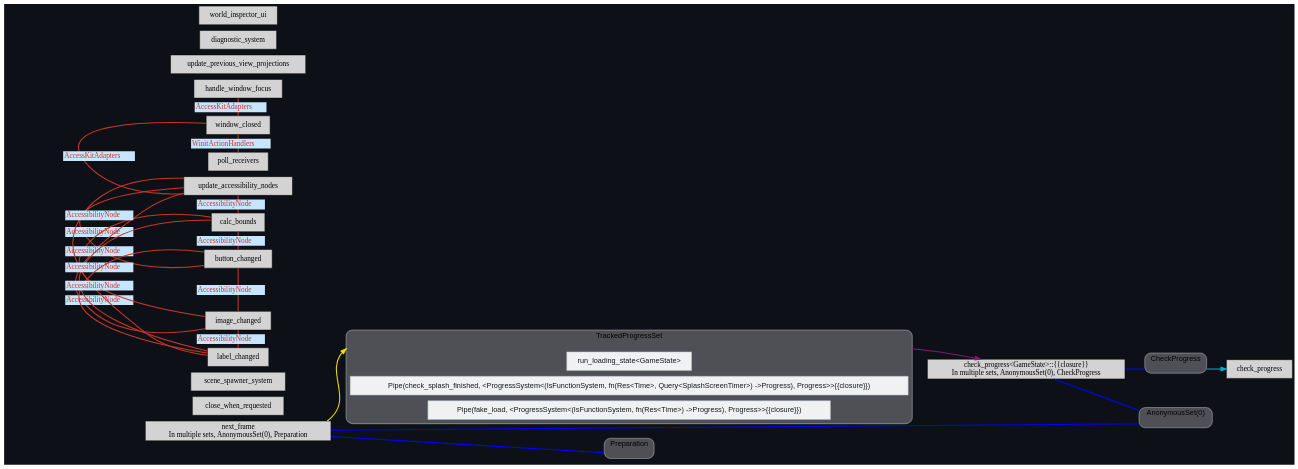
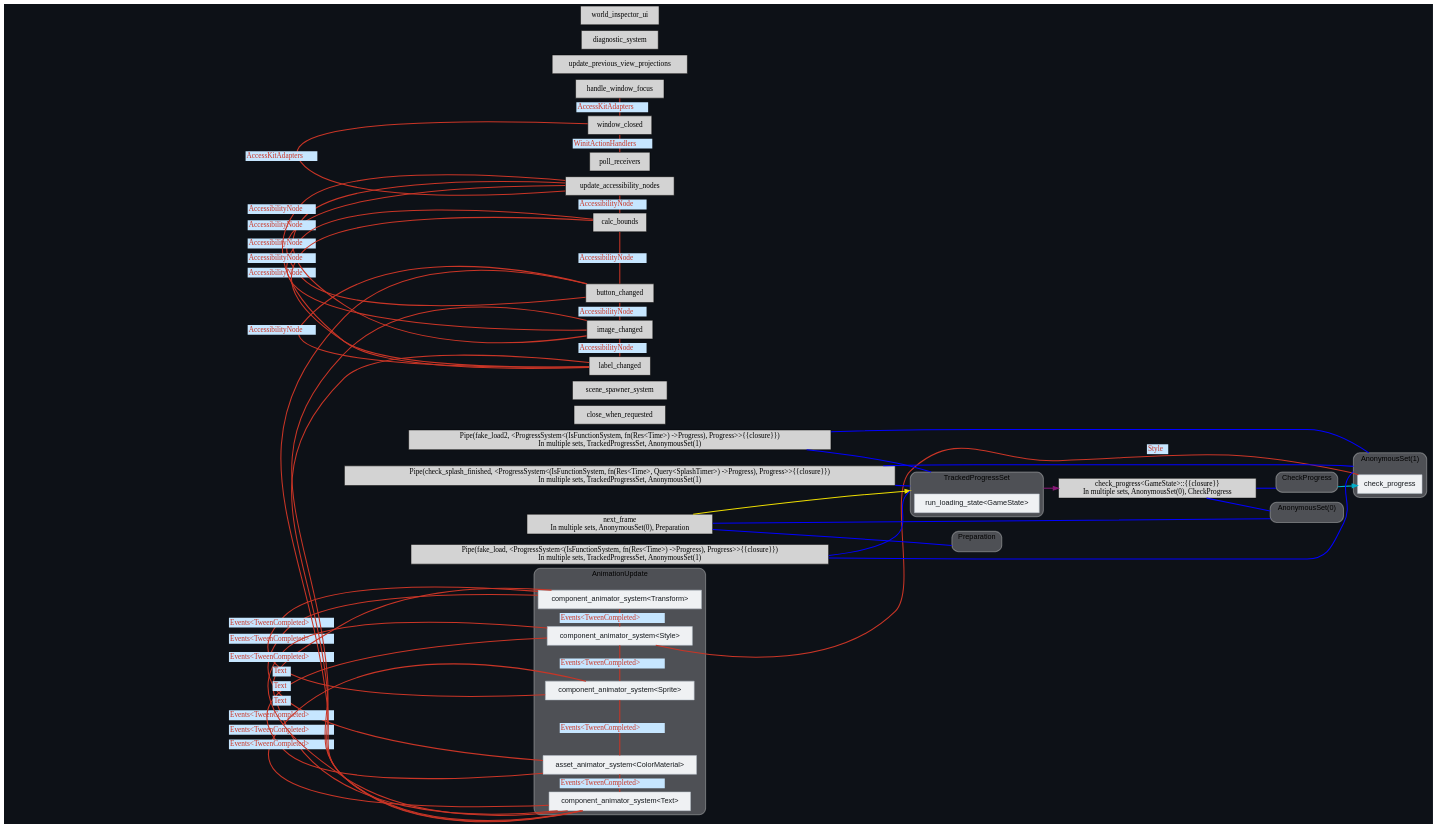
Before and after one commit to eerii/hello-bevy: the diagram in graphs/update-schedule.dot, drawn with Graphviz. The commit also changed 2 other files, not shown here.

Commit message:
feat: loading progress  🌘

```diff
--- a/graphs/update-schedule.dot
+++ b/graphs/update-schedule.dot
@@ -9,45 +9,69 @@
 	node ["shape"="box", "style"="filled"];
 	subgraph "clusternode_Set(12)" {
 		"style"="rounded,filled";
+		"label"="AnimationUpdate";
+		"tooltip"="AnimationUpdate";
+		"fillcolor"="#ffffff44";
+		"color"="#ffffff50";
+		"penwidth"="2";
+		"set_marker_node_Set(12)" ["style"="invis", "label"="", "height"="0", "shape"="point"]
+		"node_System(11)" ["label"="component_animator_system<Transform>", "tooltip"="bevy_tweening::plugin::component_animator_system<bevy_transform::components::transform::Transform>", "fillcolor"="#eff1f3", "fontname"="Helvetica", "fontcolor"="#15191d", "color"="#b4bec7", "penwidth"="1"]
+		"node_System(12)" ["label"="component_animator_system<Style>", "tooltip"="bevy_tweening::plugin::component_animator_system<bevy_ui::ui_node::Style>", "fillcolor"="#eff1f3", "fontname"="Helvetica", "fontcolor"="#15191d", "color"="#b4bec7", "penwidth"="1"]
+		"node_System(13)" ["label"="component_animator_system<Sprite>", "tooltip"="bevy_tweening::plugin::component_animator_system<bevy_sprite::sprite::Sprite>", "fillcolor"="#eff1f3", "fontname"="Helvetica", "fontcolor"="#15191d", "color"="#b4bec7", "penwidth"="1"]
+		"node_System(14)" ["label"="asset_animator_system<ColorMaterial>", "tooltip"="bevy_tweening::plugin::asset_animator_system<bevy_sprite::mesh2d::color_material::ColorMaterial>", "fillcolor"="#eff1f3", "fontname"="Helvetica", "fontcolor"="#15191d", "color"="#b4bec7", "penwidth"="1"]
+		"node_System(15)" ["label"="component_animator_system<Text>", "tooltip"="bevy_tweening::plugin::component_animator_system<bevy_text::text::Text>", "fillcolor"="#eff1f3", "fontname"="Helvetica", "fontcolor"="#15191d", "color"="#b4bec7", "penwidth"="1"]
+	}
+	
+	subgraph "clusternode_Set(18)" {
+		"style"="rounded,filled";
 		"label"="TrackedProgressSet";
 		"tooltip"="TrackedProgressSet";
 		"fillcolor"="#ffffff44";
 		"color"="#ffffff50";
 		"penwidth"="2";
-		"set_marker_node_Set(12)" ["style"="invis", "label"="", "height"="0", "shape"="point"]
-		"node_System(11)" ["label"="run_loading_state<GameState>", "tooltip"="bevy_asset_loader::loading_state::systems::run_loading_state<hello_bevy::GameState>", "fillcolor"="#eff1f3", "fontname"="Helvetica", "fontcolor"="#15191d", "color"="#b4bec7", "penwidth"="1"]
-		"node_System(14)" ["label"="Pipe(check_splash_finished, <ProgressSystem<(IsFunctionSystem, fn(Res<Time>, Query<SplashScreenTimer>) ->Progress), Progress>>{{closure}})", "tooltip"="Pipe(hello_bevy::load::check_splash_finished, <hello_bevy::load::check_splash_finished as iyes_progress::ProgressSystem<(bevy_ecs::system::function_system::IsFunctionSystem, fn(bevy_ecs::change_detection::Res<bevy_time::time::Time>, bevy_ecs::system::query::Query<&mut hello_bevy::load::SplashScreenTimer>) -> iyes_progress::Progress), iyes_progress::Progress>>::track_progress::{{closure}})", "fillcolor"="#eff1f3", "fontname"="Helvetica", "fontcolor"="#15191d", "color"="#b4bec7", "penwidth"="1"]
-		"node_System(16)" ["label"="Pipe(fake_load, <ProgressSystem<(IsFunctionSystem, fn(Res<Time>) ->Progress), Progress>>{{closure}})", "tooltip"="Pipe(hello_bevy::load::fake_load, <hello_bevy::load::fake_load as iyes_progress::ProgressSystem<(bevy_ecs::system::function_system::IsFunctionSystem, fn(bevy_ecs::change_detection::Res<bevy_time::time::Time>) -> iyes_progress::Progress), iyes_progress::Progress>>::track_progress::{{closure}})", "fillcolor"="#eff1f3", "fontname"="Helvetica", "fontcolor"="#15191d", "color"="#b4bec7", "penwidth"="1"]
+		"set_marker_node_Set(18)" ["style"="invis", "label"="", "height"="0", "shape"="point"]
+		"node_System(16)" ["label"="run_loading_state<GameState>", "tooltip"="bevy_asset_loader::loading_state::systems::run_loading_state<hello_bevy::GameState>", "fillcolor"="#eff1f3", "fontname"="Helvetica", "fontcolor"="#15191d", "color"="#b4bec7", "penwidth"="1"]
 	}
 	
-	subgraph "clusternode_Set(13)" {
+	subgraph "clusternode_Set(19)" {
 		"style"="rounded,filled";
 		"label"="AnonymousSet(0)";
 		"tooltip"="AnonymousSet(0)";
 		"fillcolor"="#ffffff44";
 		"color"="#ffffff50";
 		"penwidth"="2";
-		"set_marker_node_Set(13)" ["style"="invis", "label"="", "height"="0", "shape"="point"]
+		"set_marker_node_Set(19)" ["style"="invis", "label"="", "height"="0", "shape"="point"]
 	}
 	
-	subgraph "clusternode_Set(15)" {
+	subgraph "clusternode_Set(21)" {
 		"style"="rounded,filled";
 		"label"="Preparation";
 		"tooltip"="Preparation";
 		"fillcolor"="#ffffff44";
 		"color"="#ffffff50";
 		"penwidth"="2";
-		"set_marker_node_Set(15)" ["style"="invis", "label"="", "height"="0", "shape"="point"]
+		"set_marker_node_Set(21)" ["style"="invis", "label"="", "height"="0", "shape"="point"]
 	}
 	
-	subgraph "clusternode_Set(17)" {
+	subgraph "clusternode_Set(23)" {
 		"style"="rounded,filled";
 		"label"="CheckProgress";
 		"tooltip"="CheckProgress";
 		"fillcolor"="#ffffff44";
 		"color"="#ffffff50";
 		"penwidth"="2";
-		"set_marker_node_Set(17)" ["style"="invis", "label"="", "height"="0", "shape"="point"]
+		"set_marker_node_Set(23)" ["style"="invis", "label"="", "height"="0", "shape"="point"]
+	}
+	
+	subgraph "clusternode_Set(24)" {
+		"style"="rounded,filled";
+		"label"="AnonymousSet(1)";
+		"tooltip"="AnonymousSet(1)";
+		"fillcolor"="#ffffff44";
+		"color"="#ffffff50";
+		"penwidth"="2";
+		"set_marker_node_Set(24)" ["style"="invis", "label"="", "height"="0", "shape"="point"]
+		"node_System(20)" ["label"="check_progress", "tooltip"="hello_bevy::load::check_progress", "fillcolor"="#eff1f3", "fontname"="Helvetica", "fontcolor"="#15191d", "color"="#b4bec7", "penwidth"="1"]
 	}
 	
 	"node_System(0)" ["label"="close_when_requested", "tooltip"="bevy_window::system::close_when_requested"]
@@ -61,31 +85,56 @@
 	"node_System(8)" ["label"="image_changed", "tooltip"="bevy_ui::accessibility::image_changed"]
 	"node_System(9)" ["label"="label_changed", "tooltip"="bevy_ui::accessibility::label_changed"]
 	"node_System(10)" ["label"="update_previous_view_projections", "tooltip"="bevy_pbr::prepass::update_previous_view_projections"]
-	"node_System(15)" ["label"="check_progress", "tooltip"="hello_bevy::load::check_progress"]
-	"node_System(17)" ["label"="diagnostic_system", "tooltip"="bevy_diagnostic::frame_time_diagnostics_plugin::FrameTimeDiagnosticsPlugin::diagnostic_system"]
-	"node_System(18)" ["label"="world_inspector_ui", "tooltip"="bevy_inspector_egui::quick::world_inspector_ui"]
-	"node_System(12)" -> "set_marker_node_Set(13)" ["dir"="none", "color"="blue", "lhead"="clusternode_Set(13)"]
-	"node_System(12)" -> "set_marker_node_Set(15)" ["dir"="none", "color"="blue", "lhead"="clusternode_Set(15)"]
-	"node_System(12)" ["label"="next_frame
+	"node_System(23)" ["label"="diagnostic_system", "tooltip"="bevy_diagnostic::frame_time_diagnostics_plugin::FrameTimeDiagnosticsPlugin::diagnostic_system"]
+	"node_System(24)" ["label"="world_inspector_ui", "tooltip"="bevy_inspector_egui::quick::world_inspector_ui"]
+	"node_System(17)" -> "set_marker_node_Set(19)" ["dir"="none", "color"="blue", "lhead"="clusternode_Set(19)"]
+	"node_System(17)" -> "set_marker_node_Set(21)" ["dir"="none", "color"="blue", "lhead"="clusternode_Set(21)"]
+	"node_System(17)" ["label"="next_frame
 In multiple sets, AnonymousSet(0), Preparation", "tooltip"="iyes_progress::next_frame"]
-	"node_System(13)" -> "set_marker_node_Set(13)" ["dir"="none", "color"="blue", "lhead"="clusternode_Set(13)"]
-	"node_System(13)" -> "set_marker_node_Set(17)" ["dir"="none", "color"="blue", "lhead"="clusternode_Set(17)"]
-	"node_System(13)" ["label"="check_progress<GameState>::{{closure}}
+	"node_System(18)" -> "set_marker_node_Set(19)" ["dir"="none", "color"="blue", "lhead"="clusternode_Set(19)"]
+	"node_System(18)" -> "set_marker_node_Set(23)" ["dir"="none", "color"="blue", "lhead"="clusternode_Set(23)"]
+	"node_System(18)" ["label"="check_progress<GameState>::{{closure}}
 In multiple sets, AnonymousSet(0), CheckProgress", "tooltip"="iyes_progress::check_progress<hello_bevy::GameState>::{{closure}}"]
-	"node_System(12)" -> "set_marker_node_Set(12)" ["lhead"="clusternode_Set(12)", "ltail"="", "tooltip"="next_frame → TrackedProgressSet", "color"="#eede00"]
-	"set_marker_node_Set(12)" -> "node_System(13)" ["lhead"="", "ltail"="clusternode_Set(12)", "tooltip"="TrackedProgressSet → check_progress<GameState>::{{closure}}", "color"="#881877"]
-	"set_marker_node_Set(17)" -> "node_System(15)" ["lhead"="", "ltail"="clusternode_Set(17)", "tooltip"="CheckProgress → check_progress", "color"="#00b0cc"]
+	"node_System(19)" -> "set_marker_node_Set(18)" ["dir"="none", "color"="blue", "lhead"="clusternode_Set(18)"]
+	"node_System(19)" -> "set_marker_node_Set(24)" ["dir"="none", "color"="blue", "lhead"="clusternode_Set(24)"]
+	"node_System(19)" ["label"="Pipe(check_splash_finished, <ProgressSystem<(IsFunctionSystem, fn(Res<Time>, Query<SplashTimer>) ->Progress), Progress>>{{closure}})
+In multiple sets, TrackedProgressSet, AnonymousSet(1)", "tooltip"="Pipe(hello_bevy::load::check_splash_finished, <hello_bevy::load::check_splash_finished as iyes_progress::ProgressSystem<(bevy_ecs::system::function_system::IsFunctionSystem, fn(bevy_ecs::change_detection::Res<bevy_time::time::Time>, bevy_ecs::system::query::Query<&mut hello_bevy::load::SplashTimer>) -> iyes_progress::Progress), iyes_progress::Progress>>::track_progress::{{closure}})"]
+	"node_System(21)" -> "set_marker_node_Set(18)" ["dir"="none", "color"="blue", "lhead"="clusternode_Set(18)"]
+	"node_System(21)" -> "set_marker_node_Set(24)" ["dir"="none", "color"="blue", "lhead"="clusternode_Set(24)"]
+	"node_System(21)" ["label"="Pipe(fake_load, <ProgressSystem<(IsFunctionSystem, fn(Res<Time>) ->Progress), Progress>>{{closure}})
+In multiple sets, TrackedProgressSet, AnonymousSet(1)", "tooltip"="Pipe(hello_bevy::load::fake_load, <hello_bevy::load::fake_load as iyes_progress::ProgressSystem<(bevy_ecs::system::function_system::IsFunctionSystem, fn(bevy_ecs::change_detection::Res<bevy_time::time::Time>) -> iyes_progress::Progress), iyes_progress::Progress>>::track_progress::{{closure}})"]
+	"node_System(22)" -> "set_marker_node_Set(18)" ["dir"="none", "color"="blue", "lhead"="clusternode_Set(18)"]
+	"node_System(22)" -> "set_marker_node_Set(24)" ["dir"="none", "color"="blue", "lhead"="clusternode_Set(24)"]
+	"node_System(22)" ["label"="Pipe(fake_load2, <ProgressSystem<(IsFunctionSystem, fn(Res<Time>) ->Progress), Progress>>{{closure}})
+In multiple sets, TrackedProgressSet, AnonymousSet(1)", "tooltip"="Pipe(hello_bevy::load::fake_load2, <hello_bevy::load::fake_load2 as iyes_progress::ProgressSystem<(bevy_ecs::system::function_system::IsFunctionSystem, fn(bevy_ecs::change_detection::Res<bevy_time::time::Time>) -> iyes_progress::Progress), iyes_progress::Progress>>::track_progress::{{closure}})"]
+	"node_System(17)" -> "set_marker_node_Set(18)" ["lhead"="clusternode_Set(18)", "ltail"="", "tooltip"="next_frame → TrackedProgressSet", "color"="#eede00"]
+	"set_marker_node_Set(18)" -> "node_System(18)" ["lhead"="", "ltail"="clusternode_Set(18)", "tooltip"="TrackedProgressSet → check_progress<GameState>::{{closure}}", "color"="#881877"]
+	"set_marker_node_Set(23)" -> "node_System(20)" ["lhead"="", "ltail"="clusternode_Set(23)", "tooltip"="CheckProgress → check_progress", "color"="#00b0cc"]
 	"node_System(3)" -> "node_System(2)" ["dir"="none", "constraint"="false", "color"="#c93526", "fontcolor"="#c93526", "label"=<<table border="0" cellborder="0"><tr><td bgcolor="#c6e6ff">AccessKitAdapters</td></tr></table>>, "labeltooltip"="window_closed — handle_window_focus"]
 	"node_System(4)" -> "node_System(3)" ["dir"="none", "constraint"="false", "color"="#c93526", "fontcolor"="#c93526", "label"=<<table border="0" cellborder="0"><tr><td bgcolor="#c6e6ff">WinitActionHandlers</td></tr></table>>, "labeltooltip"="poll_receivers — window_closed"]
 	"node_System(5)" -> "node_System(3)" ["dir"="none", "constraint"="false", "color"="#c93526", "fontcolor"="#c93526", "label"=<<table border="0" cellborder="0"><tr><td bgcolor="#c6e6ff">AccessKitAdapters</td></tr></table>>, "labeltooltip"="update_accessibility_nodes — window_closed"]
 	"node_System(6)" -> "node_System(5)" ["dir"="none", "constraint"="false", "color"="#c93526", "fontcolor"="#c93526", "label"=<<table border="0" cellborder="0"><tr><td bgcolor="#c6e6ff">AccessibilityNode</td></tr></table>>, "labeltooltip"="calc_bounds — update_accessibility_nodes"]
 	"node_System(7)" -> "node_System(5)" ["dir"="none", "constraint"="false", "color"="#c93526", "fontcolor"="#c93526", "label"=<<table border="0" cellborder="0"><tr><td bgcolor="#c6e6ff">AccessibilityNode</td></tr></table>>, "labeltooltip"="button_changed — update_accessibility_nodes"]
 	"node_System(7)" -> "node_System(6)" ["dir"="none", "constraint"="false", "color"="#c93526", "fontcolor"="#c93526", "label"=<<table border="0" cellborder="0"><tr><td bgcolor="#c6e6ff">AccessibilityNode</td></tr></table>>, "labeltooltip"="button_changed — calc_bounds"]
+	"node_System(7)" -> "node_System(15)" ["dir"="none", "constraint"="false", "color"="#c93526", "fontcolor"="#c93526", "label"=<<table border="0" cellborder="0"><tr><td bgcolor="#c6e6ff">Text</td></tr></table>>, "labeltooltip"="button_changed — component_animator_system<Text>"]
 	"node_System(8)" -> "node_System(5)" ["dir"="none", "constraint"="false", "color"="#c93526", "fontcolor"="#c93526", "label"=<<table border="0" cellborder="0"><tr><td bgcolor="#c6e6ff">AccessibilityNode</td></tr></table>>, "labeltooltip"="image_changed — update_accessibility_nodes"]
 	"node_System(8)" -> "node_System(6)" ["dir"="none", "constraint"="false", "color"="#c93526", "fontcolor"="#c93526", "label"=<<table border="0" cellborder="0"><tr><td bgcolor="#c6e6ff">AccessibilityNode</td></tr></table>>, "labeltooltip"="image_changed — calc_bounds"]
 	"node_System(8)" -> "node_System(7)" ["dir"="none", "constraint"="false", "color"="#c93526", "fontcolor"="#c93526", "label"=<<table border="0" cellborder="0"><tr><td bgcolor="#c6e6ff">AccessibilityNode</td></tr></table>>, "labeltooltip"="image_changed — button_changed"]
+	"node_System(8)" -> "node_System(15)" ["dir"="none", "constraint"="false", "color"="#c93526", "fontcolor"="#c93526", "label"=<<table border="0" cellborder="0"><tr><td bgcolor="#c6e6ff">Text</td></tr></table>>, "labeltooltip"="image_changed — component_animator_system<Text>"]
 	"node_System(9)" -> "node_System(5)" ["dir"="none", "constraint"="false", "color"="#c93526", "fontcolor"="#c93526", "label"=<<table border="0" cellborder="0"><tr><td bgcolor="#c6e6ff">AccessibilityNode</td></tr></table>>, "labeltooltip"="label_changed — update_accessibility_nodes"]
 	"node_System(9)" -> "node_System(6)" ["dir"="none", "constraint"="false", "color"="#c93526", "fontcolor"="#c93526", "label"=<<table border="0" cellborder="0"><tr><td bgcolor="#c6e6ff">AccessibilityNode</td></tr></table>>, "labeltooltip"="label_changed — calc_bounds"]
 	"node_System(9)" -> "node_System(7)" ["dir"="none", "constraint"="false", "color"="#c93526", "fontcolor"="#c93526", "label"=<<table border="0" cellborder="0"><tr><td bgcolor="#c6e6ff">AccessibilityNode</td></tr></table>>, "labeltooltip"="label_changed — button_changed"]
 	"node_System(9)" -> "node_System(8)" ["dir"="none", "constraint"="false", "color"="#c93526", "fontcolor"="#c93526", "label"=<<table border="0" cellborder="0"><tr><td bgcolor="#c6e6ff">AccessibilityNode</td></tr></table>>, "labeltooltip"="label_changed — image_changed"]
+	"node_System(9)" -> "node_System(15)" ["dir"="none", "constraint"="false", "color"="#c93526", "fontcolor"="#c93526", "label"=<<table border="0" cellborder="0"><tr><td bgcolor="#c6e6ff">Text</td></tr></table>>, "labeltooltip"="label_changed — component_animator_system<Text>"]
+	"node_System(11)" -> "node_System(12)" ["dir"="none", "constraint"="false", "color"="#c93526", "fontcolor"="#c93526", "label"=<<table border="0" cellborder="0"><tr><td bgcolor="#c6e6ff">Events&lt;TweenCompleted&gt;</td></tr></table>>, "labeltooltip"="component_animator_system<Transform> — component_animator_system<Style>"]
+	"node_System(11)" -> "node_System(14)" ["dir"="none", "constraint"="false", "color"="#c93526", "fontcolor"="#c93526", "label"=<<table border="0" cellborder="0"><tr><td bgcolor="#c6e6ff">Events&lt;TweenCompleted&gt;</td></tr></table>>, "labeltooltip"="component_animator_system<Transform> — asset_animator_system<ColorMaterial>"]
+	"node_System(11)" -> "node_System(15)" ["dir"="none", "constraint"="false", "color"="#c93526", "fontcolor"="#c93526", "label"=<<table border="0" cellborder="0"><tr><td bgcolor="#c6e6ff">Events&lt;TweenCompleted&gt;</td></tr></table>>, "labeltooltip"="component_animator_system<Transform> — component_animator_system<Text>"]
+	"node_System(13)" -> "node_System(11)" ["dir"="none", "constraint"="false", "color"="#c93526", "fontcolor"="#c93526", "label"=<<table border="0" cellborder="0"><tr><td bgcolor="#c6e6ff">Events&lt;TweenCompleted&gt;</td></tr></table>>, "labeltooltip"="component_animator_system<Sprite> — component_animator_system<Transform>"]
+	"node_System(13)" -> "node_System(12)" ["dir"="none", "constraint"="false", "color"="#c93526", "fontcolor"="#c93526", "label"=<<table border="0" cellborder="0"><tr><td bgcolor="#c6e6ff">Events&lt;TweenCompleted&gt;</td></tr></table>>, "labeltooltip"="component_animator_system<Sprite> — component_animator_system<Style>"]
+	"node_System(13)" -> "node_System(14)" ["dir"="none", "constraint"="false", "color"="#c93526", "fontcolor"="#c93526", "label"=<<table border="0" cellborder="0"><tr><td bgcolor="#c6e6ff">Events&lt;TweenCompleted&gt;</td></tr></table>>, "labeltooltip"="component_animator_system<Sprite> — asset_animator_system<ColorMaterial>"]
+	"node_System(13)" -> "node_System(15)" ["dir"="none", "constraint"="false", "color"="#c93526", "fontcolor"="#c93526", "label"=<<table border="0" cellborder="0"><tr><td bgcolor="#c6e6ff">Events&lt;TweenCompleted&gt;</td></tr></table>>, "labeltooltip"="component_animator_system<Sprite> — component_animator_system<Text>"]
+	"node_System(14)" -> "node_System(12)" ["dir"="none", "constraint"="false", "color"="#c93526", "fontcolor"="#c93526", "label"=<<table border="0" cellborder="0"><tr><td bgcolor="#c6e6ff">Events&lt;TweenCompleted&gt;</td></tr></table>>, "labeltooltip"="asset_animator_system<ColorMaterial> — component_animator_system<Style>"]
+	"node_System(15)" -> "node_System(12)" ["dir"="none", "constraint"="false", "color"="#c93526", "fontcolor"="#c93526", "label"=<<table border="0" cellborder="0"><tr><td bgcolor="#c6e6ff">Events&lt;TweenCompleted&gt;</td></tr></table>>, "labeltooltip"="component_animator_system<Text> — component_animator_system<Style>"]
+	"node_System(15)" -> "node_System(14)" ["dir"="none", "constraint"="false", "color"="#c93526", "fontcolor"="#c93526", "label"=<<table border="0" cellborder="0"><tr><td bgcolor="#c6e6ff">Events&lt;TweenCompleted&gt;</td></tr></table>>, "labeltooltip"="component_animator_system<Text> — asset_animator_system<ColorMaterial>"]
+	"node_System(20)" -> "node_System(12)" ["dir"="none", "constraint"="false", "color"="#c93526", "fontcolor"="#c93526", "label"=<<table border="0" cellborder="0"><tr><td bgcolor="#c6e6ff">Style</td></tr></table>>, "labeltooltip"="check_progress — component_animator_system<Style>"]
 }
```
